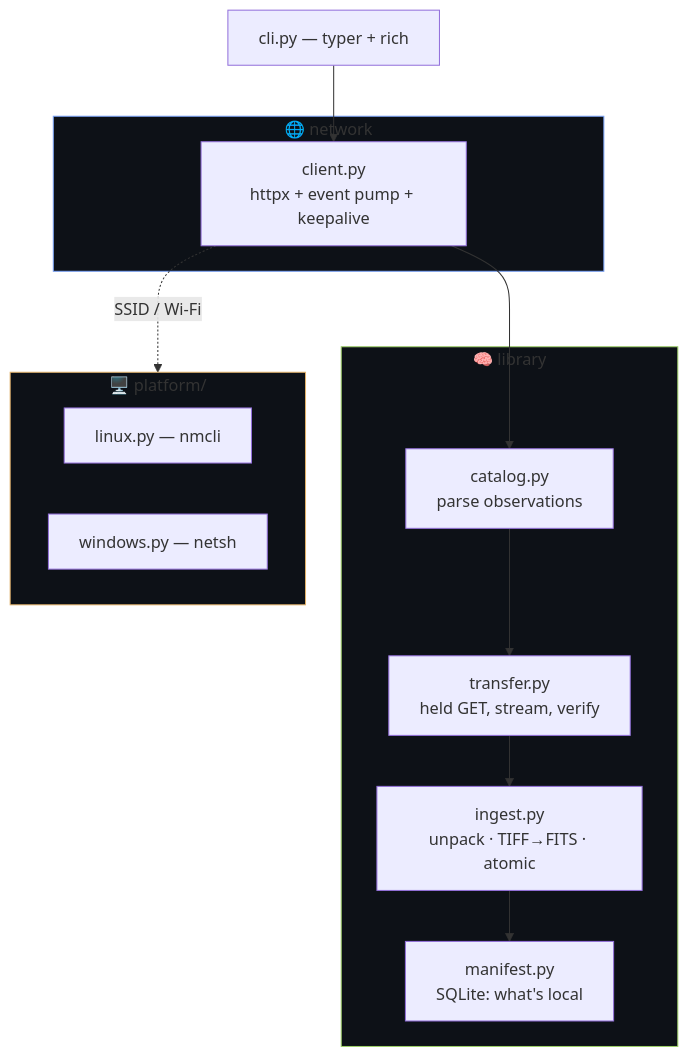
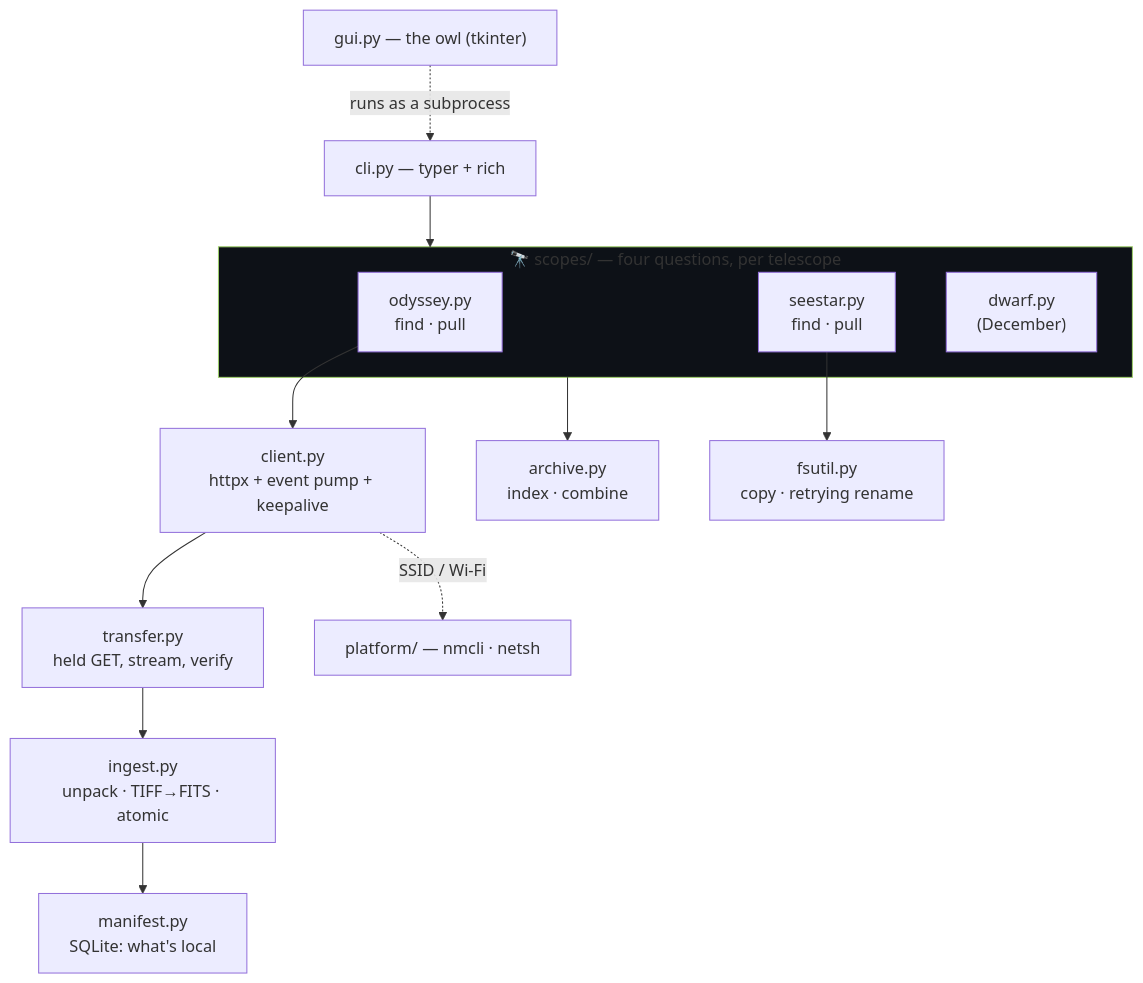
Before and after one commit to kylefoxaustin/scopepull: the third of 3 diagrams in README.md, drawn with Mermaid. The commit also changed other lines of this file and 2 other files, not shown here.

````diff
--- a/README.md
+++ b/README.md
@@ -115,21 +226,15 @@
 ```mermaid
 flowchart TD
-    subgraph net["🌐 network"]
-        SC["client.py<br/>httpx + event pump + keepalive"]
+    GUI["gui.py — the owl (tkinter)"] -.runs as a subprocess.-> CLI
+    CLI["cli.py — typer + rich"] --> SCOPES
+    subgraph SCOPES["🔭 scopes/ — four questions, per telescope"]
+        OD["odyssey.py<br/>find · pull"]
+        SE["seestar.py<br/>find · pull"]
+        DW["dwarf.py<br/>(December)"]
     end
-    subgraph core["🧠 library"]
-        CAT["catalog.py<br/>parse observations"]
-        TR["transfer.py<br/>held GET, stream, verify"]
-        ING["ingest.py<br/>unpack · TIFF→FITS · atomic"]
-        MAN["manifest.py<br/>SQLite: what's local"]
-    end
-    subgraph plat["🖥️ platform/"]
-        LX["linux.py — nmcli"]
-        WN["windows.py — netsh"]
-    end
-    CLI["cli.py — typer + rich"] --> SC --> CAT --> TR --> ING --> MAN
-    SC -.SSID / Wi-Fi.-> plat
-    style net fill:#0d1117,stroke:#7aa2f7
-    style core fill:#0d1117,stroke:#9ece6a
-    style plat fill:#0d1117,stroke:#e0af68
+    OD --> SC["client.py<br/>httpx + event pump + keepalive"] --> TR["transfer.py<br/>held GET, stream, verify"] --> ING["ingest.py<br/>unpack · TIFF→FITS · atomic"] --> MAN["manifest.py<br/>SQLite: what's local"]
+    SE --> FS["fsutil.py<br/>copy · retrying rename"]
+    SCOPES --> AR["archive.py<br/>index · combine"]
+    SC -.SSID / Wi-Fi.-> plat["platform/ — nmcli · netsh"]
+    style SCOPES fill:#0d1117,stroke:#9ece6a
 ```
````
